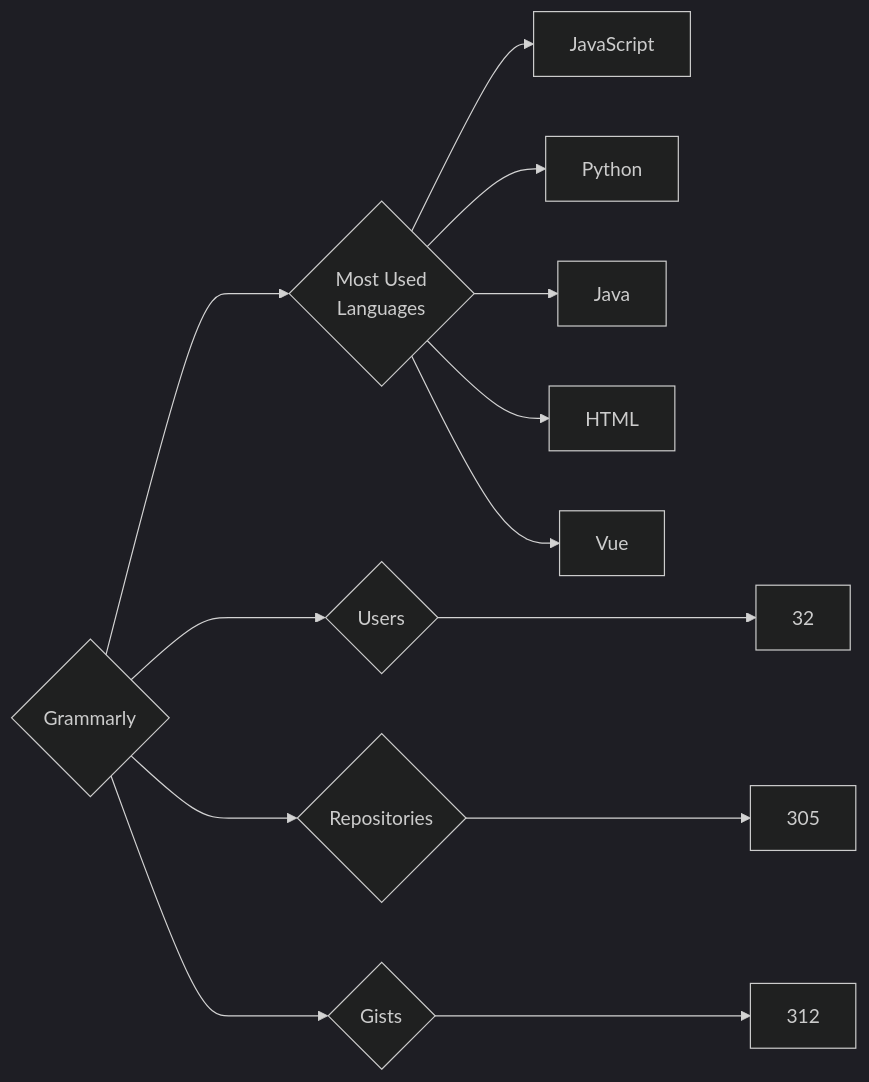
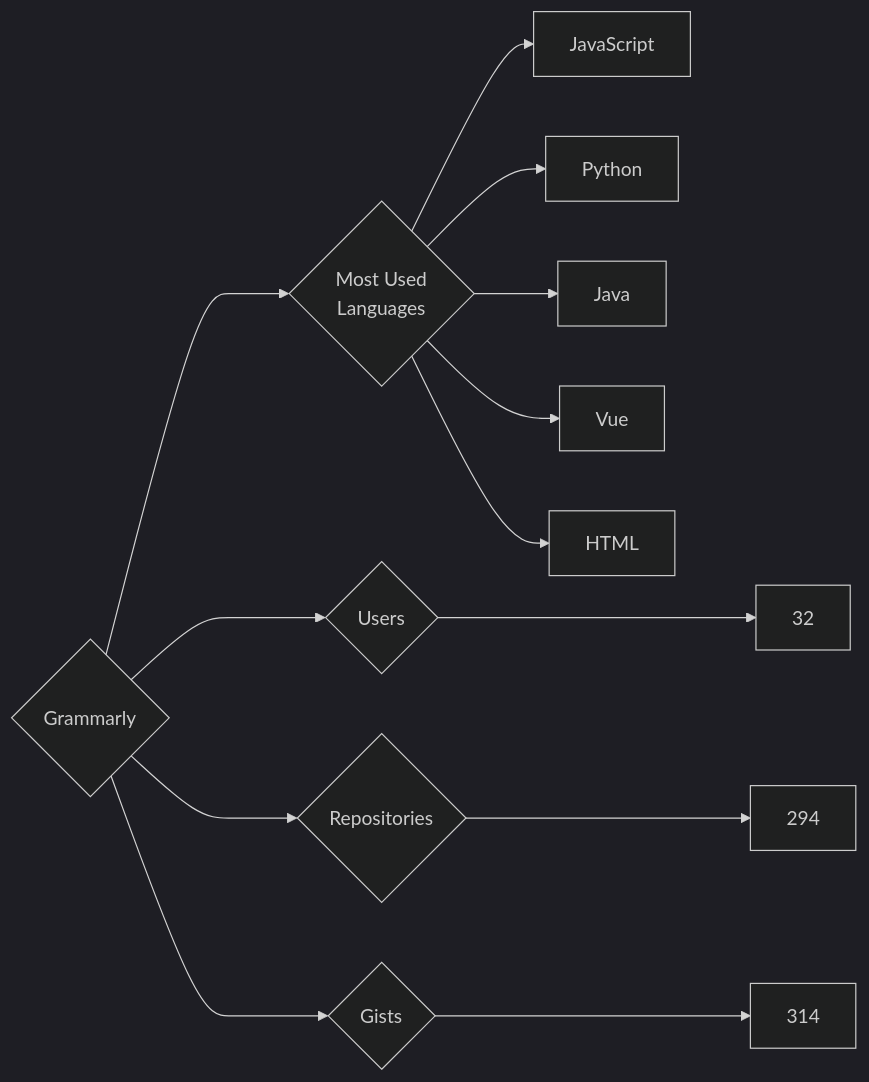
The diagram in targets/Grammarly/README.md (trickest/insiders), drawn with Mermaid (dark theme) before and after one commit. The commit also changed 847 other files, not shown here.

````diff
--- a/targets/Grammarly/README.md
+++ b/targets/Grammarly/README.md
@@ -3,13 +3,13 @@
 ```mermaid
 graph LR
 COMPANY_NAME{Grammarly}
 COMPANY_NAME ---> U{Users} ---> UN[32]
-COMPANY_NAME ---> R{Repositories} ---> RN[305]
-COMPANY_NAME ---> G{Gists} ---> GN[312]
+COMPANY_NAME ---> R{Repositories} ---> RN[294]
+COMPANY_NAME ---> G{Gists} ---> GN[314]
 COMPANY_NAME ---> ML{Most Used<br>Languages}
 ML --> JavaScript[JavaScript]
 ML --> Python[Python]
 ML --> Java[Java]
+ML --> Vue[Vue]
 ML --> HTML[HTML]
-ML --> Vue[Vue]
 ```
````
